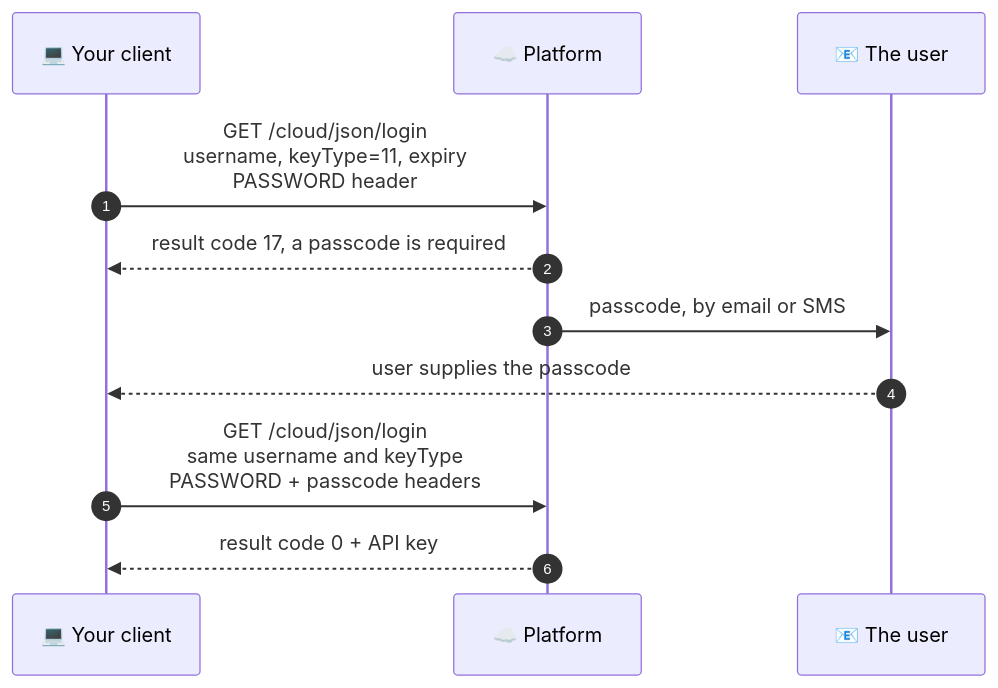
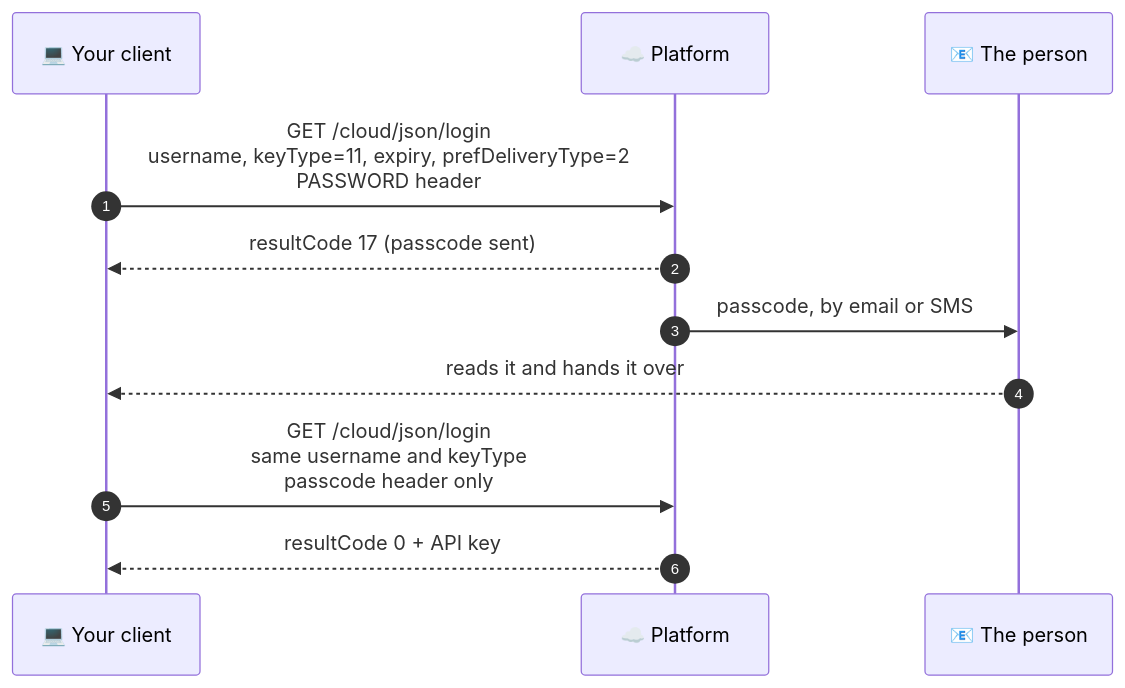
Before and after one commit to CareDailyAI/docs: the diagram in platform_apis/authentication.md, drawn with Mermaid. The commit also changed other lines of this file, not shown here.

First line of the commit message:
Correct the administrator login and tighten the authentication guide

````diff
--- a/platform_apis/authentication.md
+++ b/platform_apis/authentication.md
@@ -55,14 +72,14 @@
 ```mermaid
 sequenceDiagram
     autonumber
     participant C as 💻 Your client
     participant P as ☁️ Platform
-    participant U as 📧 The user
+    participant U as 📧 The person
 
-    C->>P: GET /cloud/json/login<br/>username, keyType=11, expiry<br/>PASSWORD header
-    P-->>C: result code 17, a passcode is required
+    C->>P: GET /cloud/json/login<br/>username, keyType=11, expiry, prefDeliveryType=2<br/>PASSWORD header
+    P-->>C: resultCode 17 (passcode sent)
     P->>U: passcode, by email or SMS
-    U-->>C: user supplies the passcode
-    C->>P: GET /cloud/json/login<br/>same username and keyType<br/>PASSWORD + passcode headers
-    P-->>C: result code 0 + API key
+    U-->>C: reads it and hands it over
+    C->>P: GET /cloud/json/login<br/>same username and keyType<br/>passcode header only
+    P-->>C: resultCode 0 + API key
 ```
````
